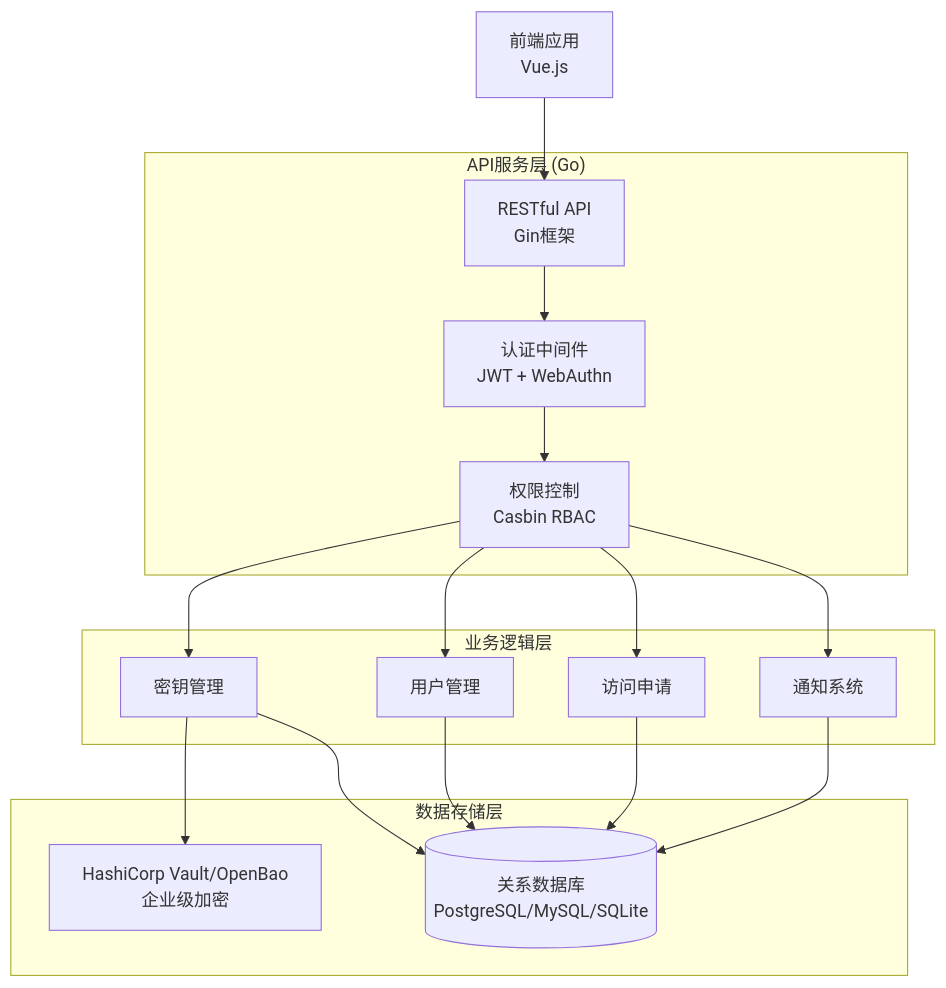
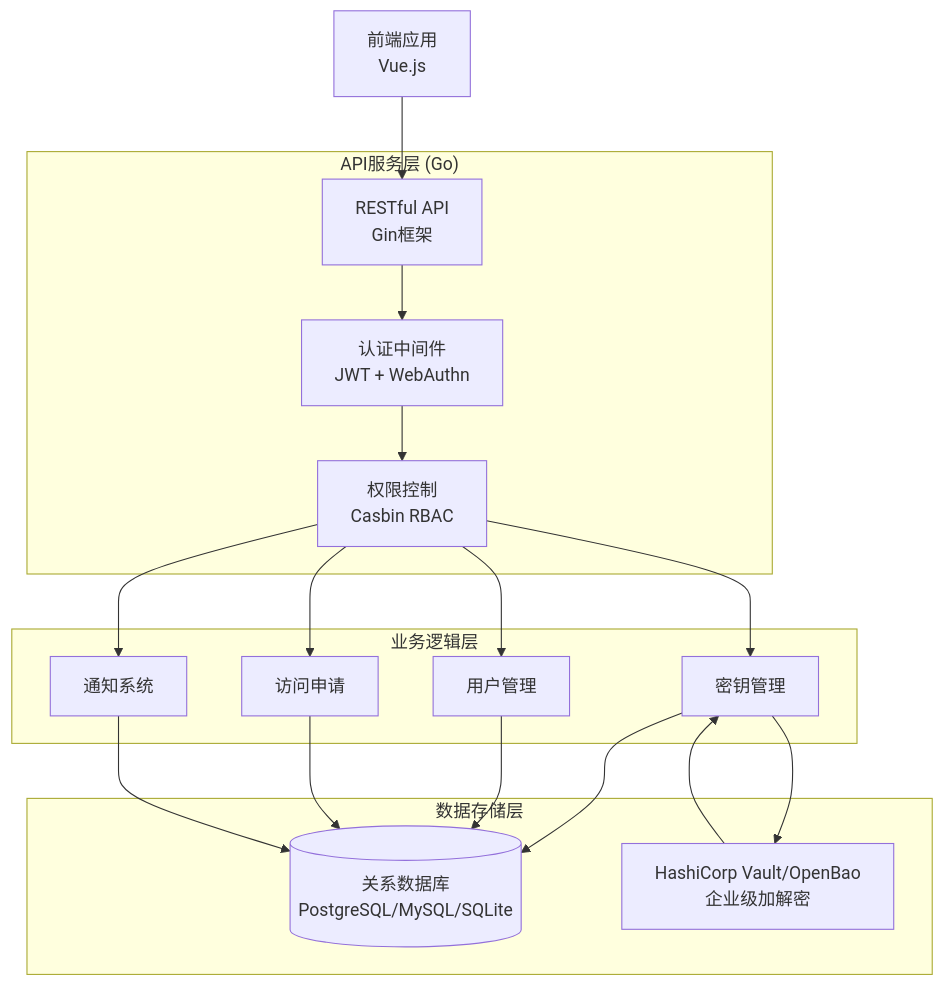
Before and after one commit to akinoccc/hysaif: the diagram in README.md, drawn with Mermaid.

Commit message:
docs: update Vault description in README to clarify its role in enterprise-level encryption and decryption

````diff
--- a/README.md
+++ b/README.md
@@ -47,41 +47,42 @@
 ```mermaid
 graph TB
     %% 客户端层
     Client[前端应用<br/>Vue.js]
     
     %% API服务层
     subgraph "API服务层 (Go)"
         API[RESTful API<br/>Gin框架]
         Auth[认证中间件<br/>JWT + WebAuthn]
         RBAC[权限控制<br/>Casbin RBAC]
     end
     
     %% 业务逻辑层
     subgraph "业务逻辑层"
         SecretMgr[密钥管理]
         UserMgr[用户管理]
         RequestMgr[访问申请]
         NotifyMgr[通知系统]
     end
     
     %% 数据层
     subgraph "数据存储层"
         DB[(关系数据库<br/>PostgreSQL/MySQL/SQLite)]
-        Vault[HashiCorp Vault/OpenBao<br/>企业级加密]
+        Vault[HashiCorp Vault/OpenBao<br/>企业级加解密]
     end
     
     %% 连接关系
     Client --> API
     API --> Auth
     Auth --> RBAC
     RBAC --> SecretMgr
     RBAC --> UserMgr
     RBAC --> RequestMgr
     RBAC --> NotifyMgr
     
     SecretMgr --> Vault
+    Vault --> SecretMgr
     SecretMgr --> DB
     UserMgr --> DB
     RequestMgr --> DB
     NotifyMgr --> DB
 ```
````
